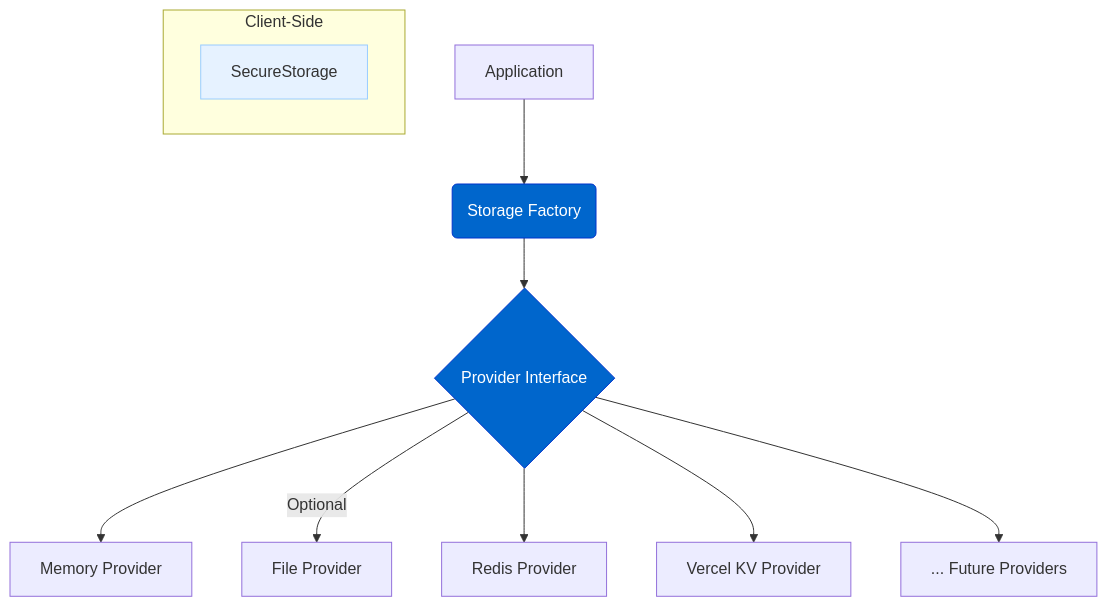
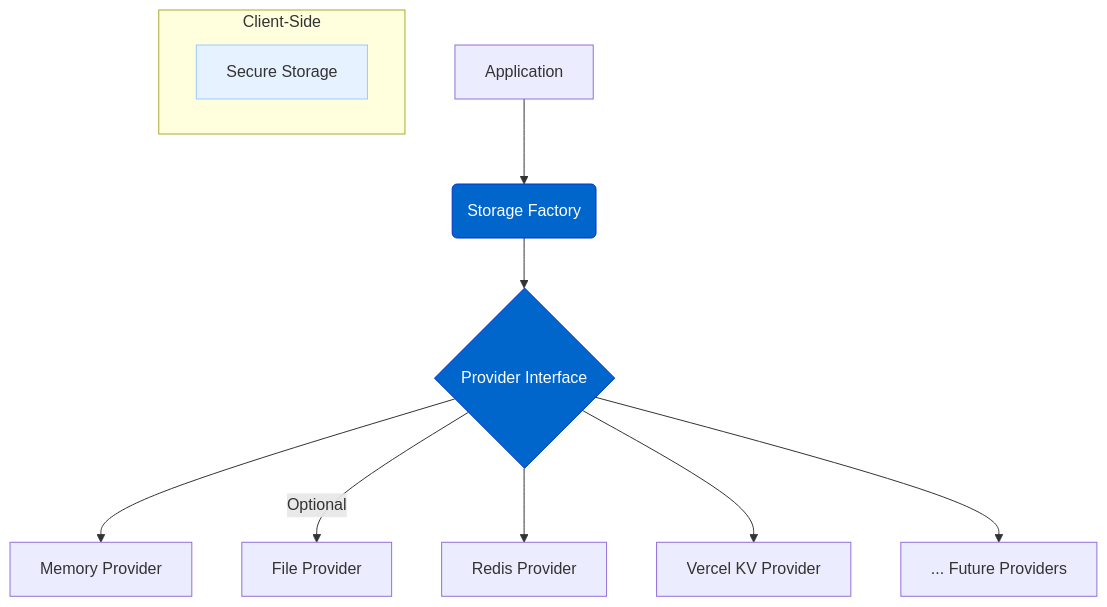
One commit to AgentDock/AgentDock changed the first of 2 diagrams in docs/roadmap/storage-abstraction.md. Above: the diagram before and after it, drawn with Mermaid. The commit also changed other lines of this file and 4 other files, not shown here.

````diff
--- a/docs/roadmap/storage-abstraction.md
+++ b/docs/roadmap/storage-abstraction.md
@@ -28,19 +28,19 @@
 ```mermaid
 graph TD
     A[Application] --> B(Storage Factory)
     B --> C{Provider Interface}
     
     C --> D[Memory Provider]
     C -- Optional --> E[File Provider]
     C --> F[Redis Provider]
     C --> G[Vercel KV Provider]
     C --> H[... Future Providers]
 
     subgraph ClientSide [Client-Side]
-        I[SecureStorage]
+        I[Secure Storage]
     end
 
     style B fill:#0066cc,color:#ffffff,stroke:#0033cc
     style C fill:#0066cc,color:#ffffff,stroke:#0033cc
     style I fill:#e6f2ff,stroke:#99ccff
 ```
````
